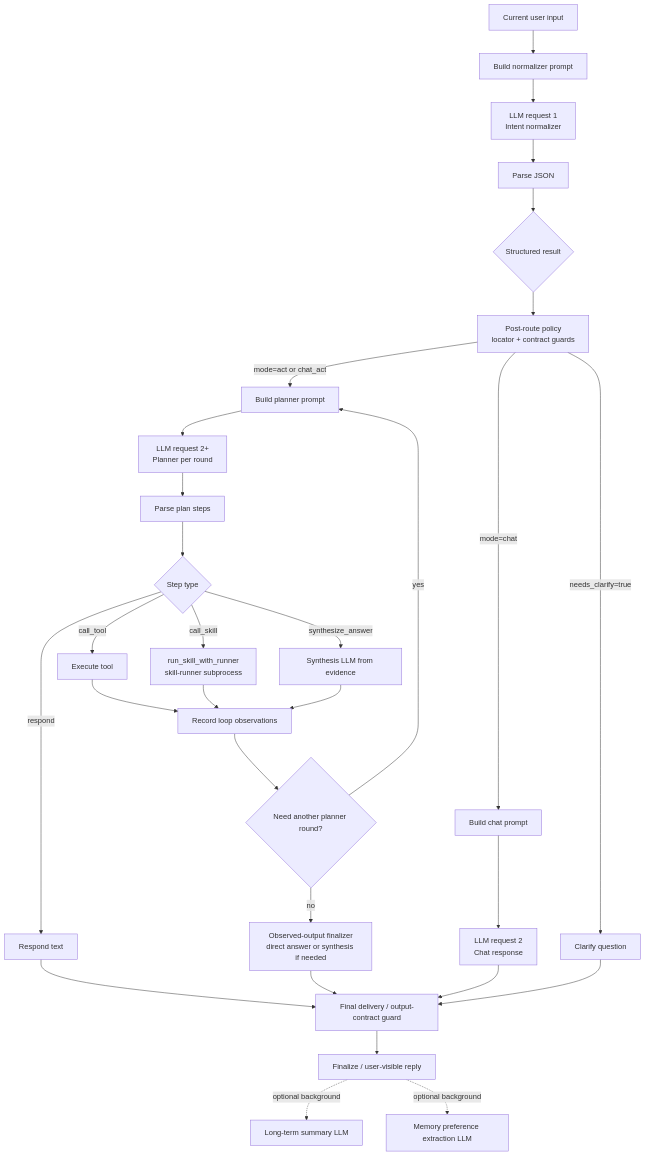
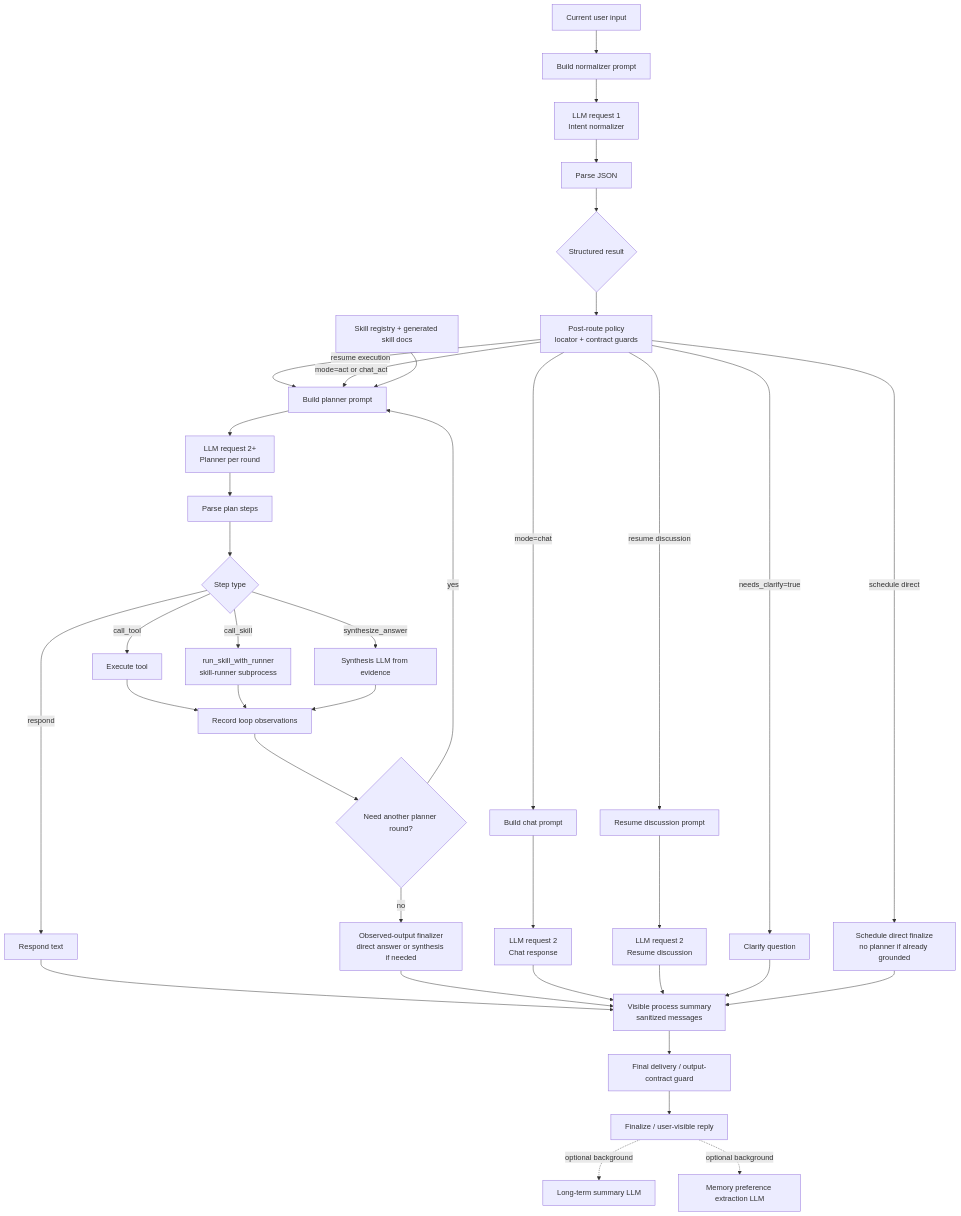
One commit to MatrixCoreX/RustClaw changed the second of 2 diagrams in README.md. Above: the diagram before and after it, drawn with Mermaid. The commit also changed other lines of this file and 6 other files, not shown here.

````diff
--- a/README.md
+++ b/README.md
@@ -80,32 +91,40 @@
 ```mermaid
 flowchart TD
     A[Current user input] --> B[Build normalizer prompt]
     B --> C[LLM request 1<br/>Intent normalizer]
     C --> D[Parse JSON]
     D --> E{Structured result}
     E --> E2[Post-route policy<br/>locator + contract guards]
+    E2 -->|schedule direct| Fs[Schedule direct finalize<br/>no planner if already grounded]
+    E2 -->|resume discussion| Fr[Resume discussion prompt]
+    E2 -->|resume execution| H
     E2 -->|needs_clarify=true| F[Clarify question]
     E2 -->|mode=chat| G[Build chat prompt]
     E2 -->|mode=act or chat_act| H[Build planner prompt]
+    SK[Skill registry + generated skill docs] --> H
     G --> Ic[LLM request 2<br/>Chat response]
+    Fr --> Ir[LLM request 2<br/>Resume discussion]
     H --> Ip[LLM request 2+<br/>Planner per round]
     Ip --> J[Parse plan steps]
     J --> K{Step type}
     K -->|respond| L[Respond text]
     K -->|call_tool| M[Execute tool]
     K -->|call_skill| Ms[run_skill_with_runner<br/>skill-runner subprocess]
     K -->|synthesize_answer| N[Synthesis LLM from evidence]
     M --> O[Record loop observations]
     Ms --> O
     N --> O
     O --> P{Need another planner round?}
     P -->|yes| H
     P -->|no| Q[Observed-output finalizer<br/>direct answer or synthesis if needed]
-    L --> R[Final delivery / output-contract guard]
-    Q --> R
-    Ic --> R
-    F --> R
+    L --> VP[Visible process summary<br/>sanitized messages]
+    Q --> VP
+    Ic --> VP
+    Ir --> VP
+    F --> VP
+    Fs --> VP
+    VP --> R[Final delivery / output-contract guard]
     R --> S[Finalize / user-visible reply]
     S -. optional background .-> T[Long-term summary LLM]
     S -. optional background .-> U[Memory preference extraction LLM]
 ```
````
